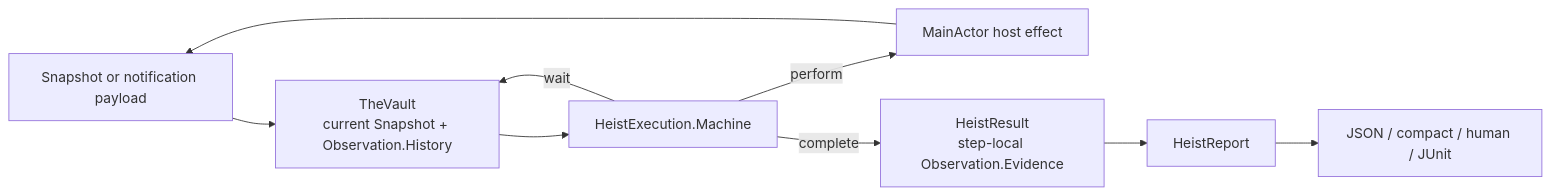
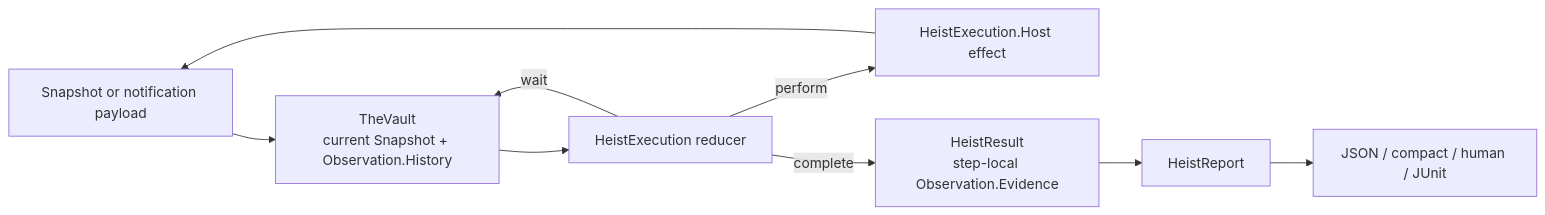
One commit to RoyalPineapple/TheButtonHeist changed the diagram in docs/ACCESSIBILITY-CONTRACT.md. Above: the diagram before and after it, drawn with Mermaid. The commit also changed other lines of this file and 50 other files, not shown here.

First line of the commit message:
Make HeistExecution a pure reducer (#1423)

````diff
--- a/docs/ACCESSIBILITY-CONTRACT.md
+++ b/docs/ACCESSIBILITY-CONTRACT.md
@@ -41,19 +41,19 @@
 ```mermaid
 flowchart LR
     Input["Snapshot or notification payload"]
     Vault["TheVault<br/>current Snapshot + Observation.History"]
-    Machine["HeistExecution.Machine"]
-    Effect["MainActor host effect"]
+    Execution["HeistExecution reducer"]
+    Effect["HeistExecution.Host effect"]
     Result["HeistResult<br/>step-local Observation.Evidence"]
     Report["HeistReport"]
     Render["JSON / compact / human / JUnit"]
 
     Input --> Vault
-    Vault --> Machine
-    Machine -->|"perform"| Effect
+    Vault --> Execution
+    Execution -->|"perform"| Effect
     Effect --> Input
-    Machine -->|"wait"| Vault
-    Machine -->|"complete"| Result
+    Execution -->|"wait"| Vault
+    Execution -->|"complete"| Result
     Result --> Report
     Report --> Render
 ```
````
